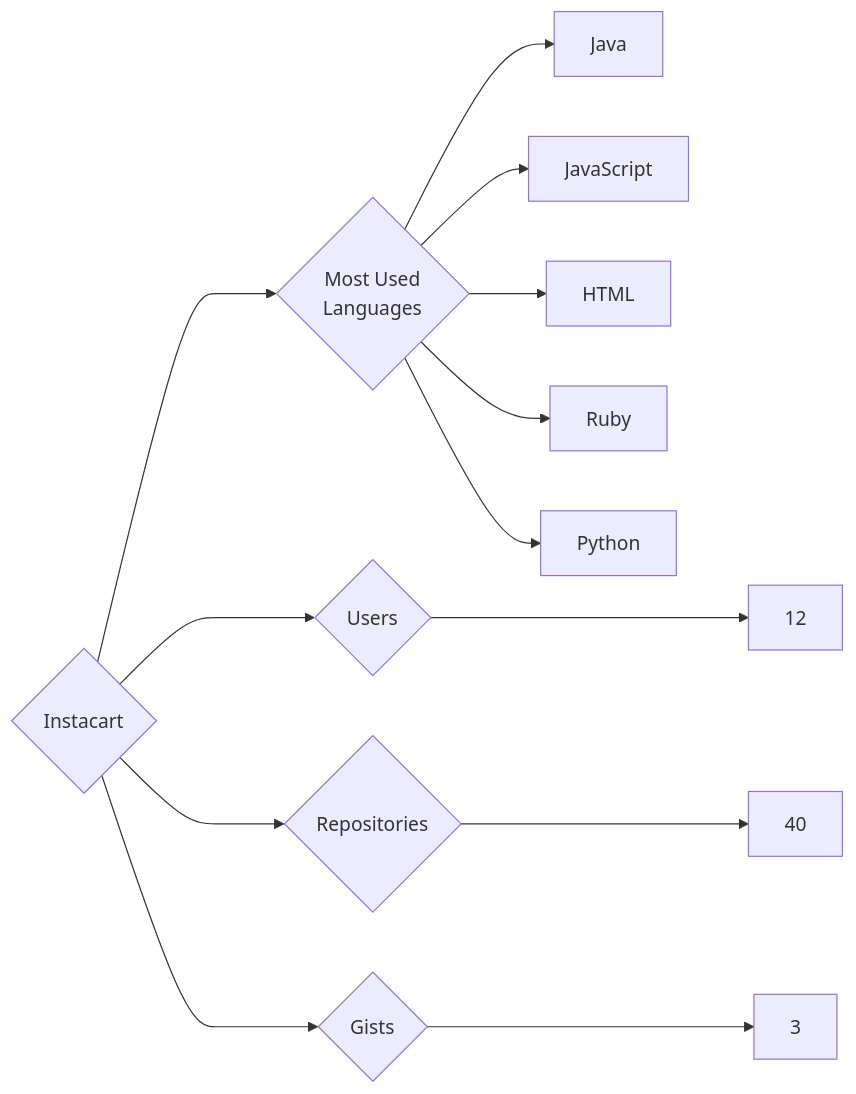
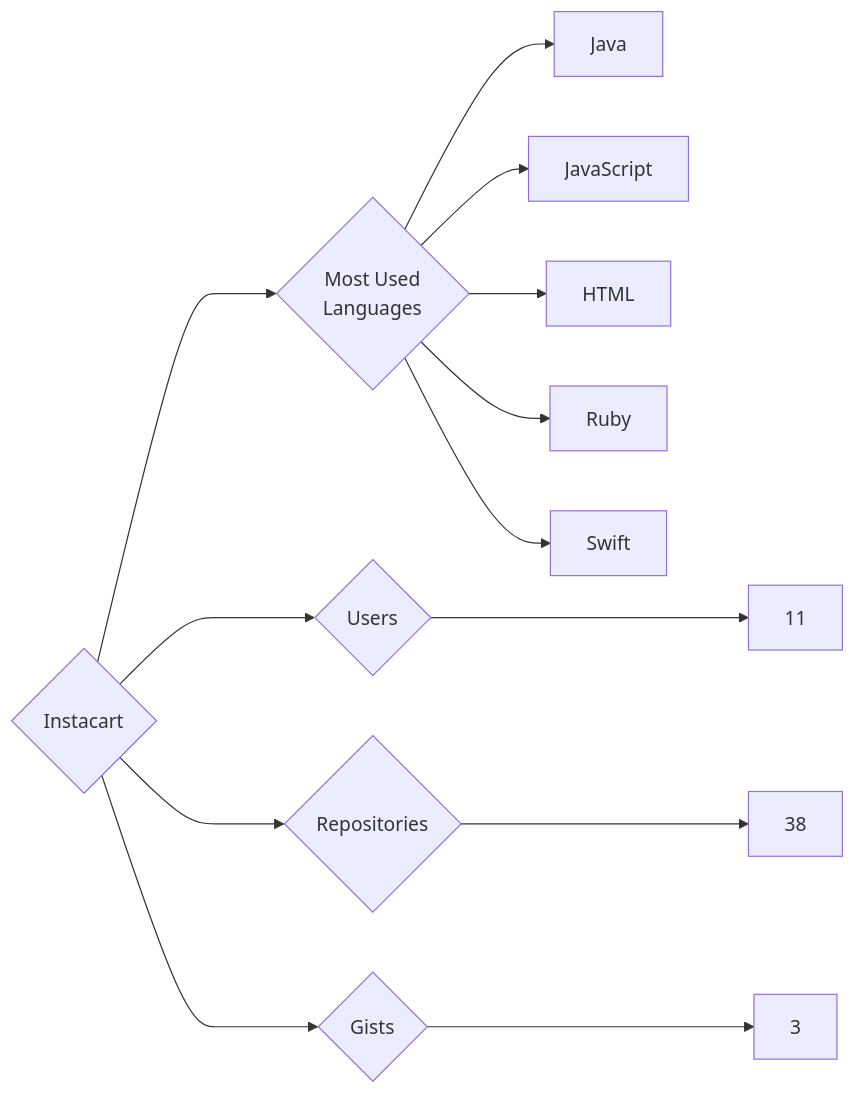
Before and after one commit to trickest/insiders: the diagram in targets/Instacart/README.md, drawn with Mermaid. The commit also changed 938 other files, not shown here.

````diff
--- a/targets/Instacart/README.md
+++ b/targets/Instacart/README.md
@@ -3,13 +3,13 @@
 ```mermaid
 graph LR
 COMPANY_NAME{Instacart}
-COMPANY_NAME ---> U{Users} ---> UN[12]
-COMPANY_NAME ---> R{Repositories} ---> RN[40]
+COMPANY_NAME ---> U{Users} ---> UN[11]
+COMPANY_NAME ---> R{Repositories} ---> RN[38]
 COMPANY_NAME ---> G{Gists} ---> GN[3]
 COMPANY_NAME ---> ML{Most Used<br>Languages}
 ML --> Java[Java]
 ML --> JavaScript[JavaScript]
 ML --> HTML[HTML]
 ML --> Ruby[Ruby]
-ML --> Python[Python]
+ML --> Swift[Swift]
 ```
````
